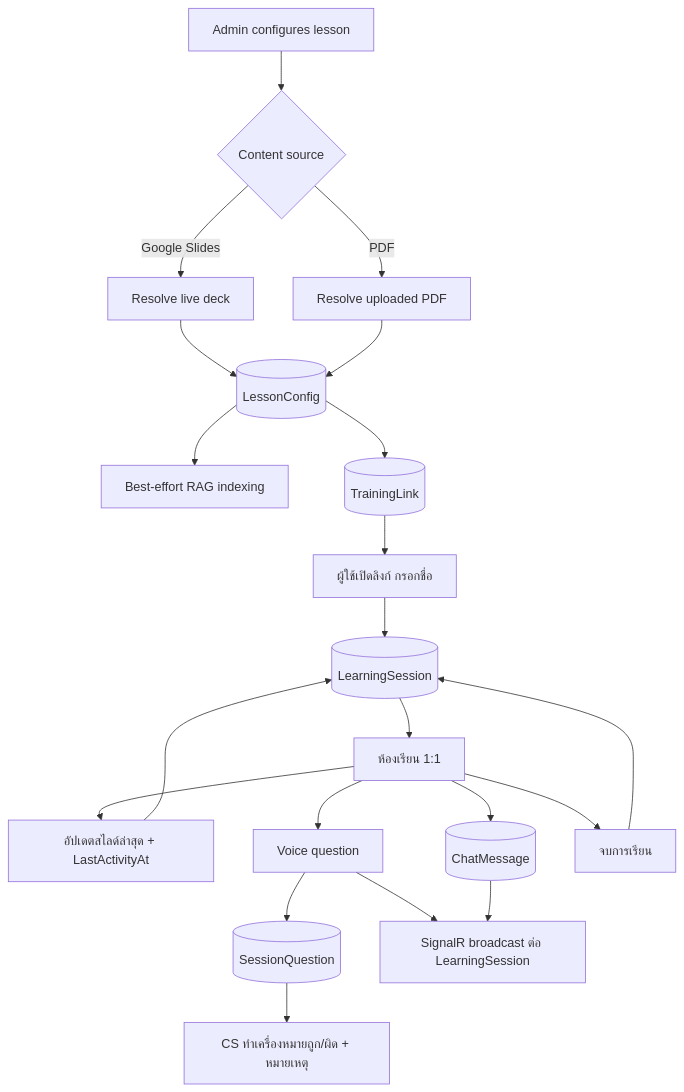
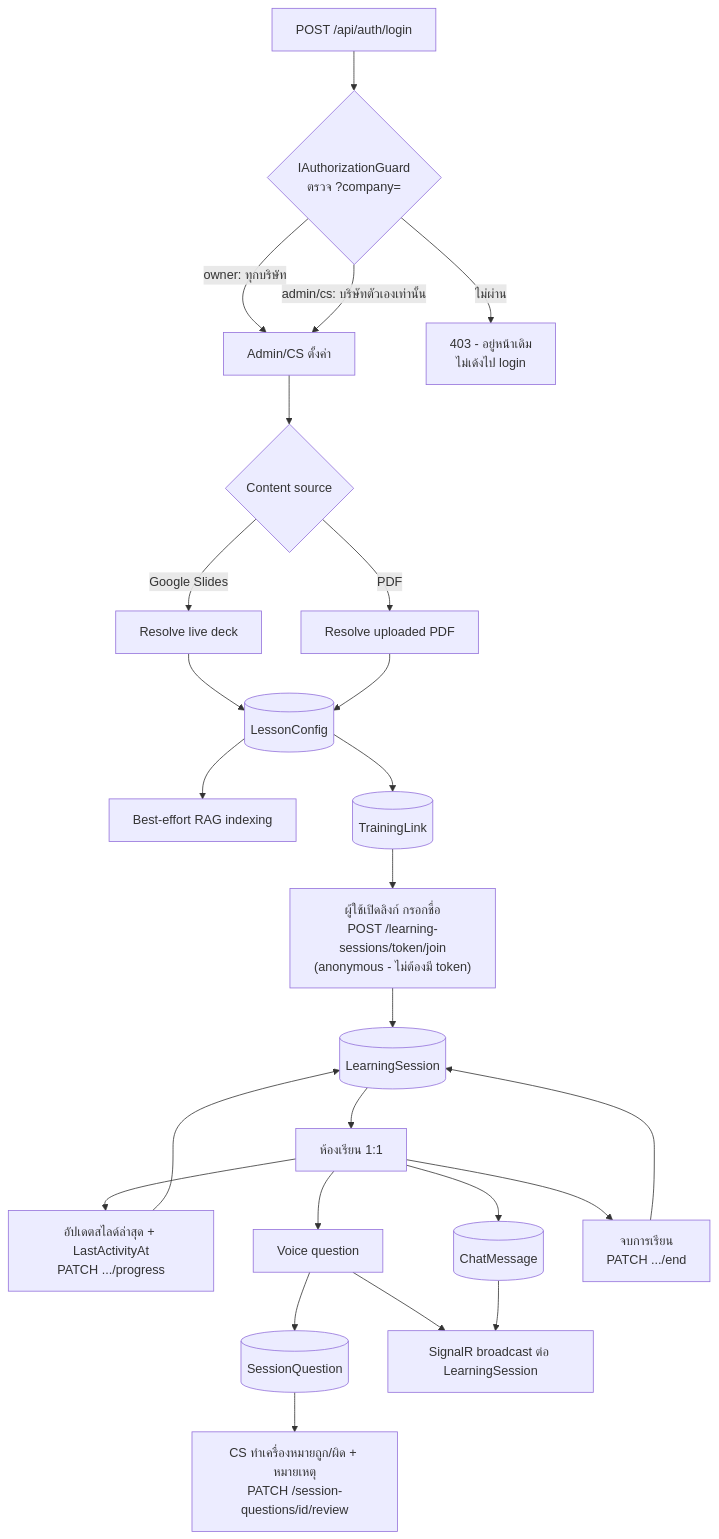
One commit to Sathaporn24/sb_supportroom changed the second of 3 diagrams in backend/docs/ER_DIAGRAM_AND_WORKFLOW.md. Above: the diagram before and after it, drawn with Mermaid. The commit also changed other lines of this file and 2 other files, not shown here.

First line of the commit message:
docs: ตาม schema.dbml ให้ครบ — DB doc อีก 3 ไฟล์ก็ตกหล่น TD-013/TD-014 เหมือนกัน

````diff
--- a/backend/docs/ER_DIAGRAM_AND_WORKFLOW.md
+++ b/backend/docs/ER_DIAGRAM_AND_WORKFLOW.md
@@ -101,23 +134,28 @@
 ```mermaid
 flowchart TD
-    Admin[Admin configures lesson] --> Source{Content source}
+    Login[POST /api/auth/login] --> Guard{IAuthorizationGuard<br/>ตรวจ ?company=}
+    Guard -->|owner: ทุกบริษัท| Admin
+    Guard -->|admin/cs: บริษัทตัวเองเท่านั้น| Admin
+    Guard -->|ไม่ผ่าน| Forbidden[403 - อยู่หน้าเดิม<br/>ไม่เด้งไป login]
+
+    Admin[Admin/CS ตั้งค่า] --> Source{Content source}
     Source -->|Google Slides| Google[Resolve live deck]
     Source -->|PDF| Pdf[Resolve uploaded PDF]
     Google --> Lesson[(LessonConfig)]
     Pdf --> Lesson
     Lesson --> Index[Best-effort RAG indexing]
     Lesson --> Link[(TrainingLink)]
-    Link --> Join[ผู้ใช้เปิดลิงก์ กรอกชื่อ]
+    Link --> Join["ผู้ใช้เปิดลิงก์ กรอกชื่อ<br/>POST /learning-sessions/token/join<br/>(anonymous - ไม่ต้องมี token)"]
     Join --> Learning[(LearningSession)]
     Learning --> Room[ห้องเรียน 1:1]
-    Room --> Progress[อัปเดตสไลด์ล่าสุด + LastActivityAt]
+    Room --> Progress["อัปเดตสไลด์ล่าสุด + LastActivityAt<br/>PATCH .../progress"]
     Progress --> Learning
     Room --> Voice[Voice question]
     Voice --> Question[(SessionQuestion)]
     Voice --> Live[SignalR broadcast ต่อ LearningSession]
     Room --> Chat[(ChatMessage)]
     Chat --> Live
-    Room --> End[จบการเรียน]
+    Room --> End["จบการเรียน<br/>PATCH .../end"]
     End --> Learning
-    Question --> Review[CS ทำเครื่องหมายถูก/ผิด + หมายเหตุ]
+    Question --> Review["CS ทำเครื่องหมายถูก/ผิด + หมายเหตุ<br/>PATCH /session-questions/id/review"]
 ```
````
